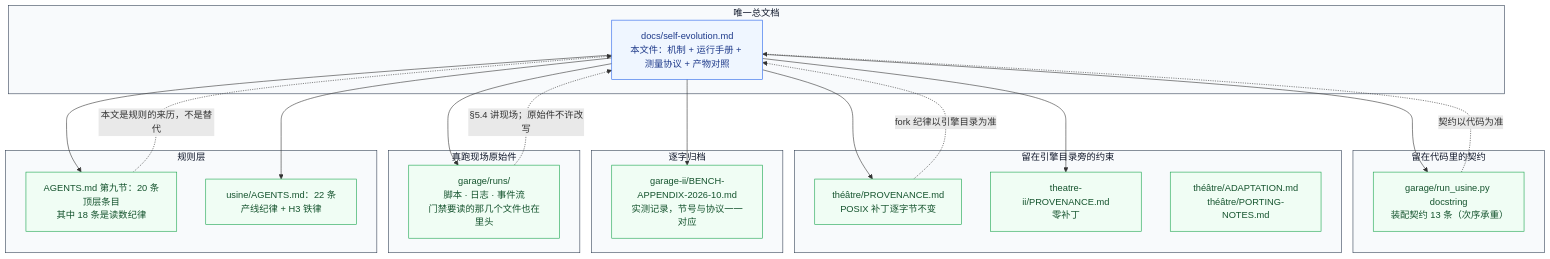
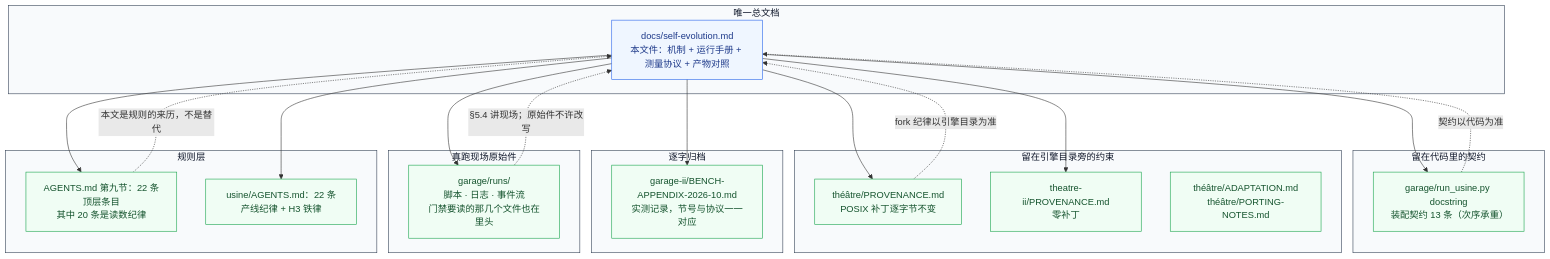
Diagram 29 of 29 in docs/self-evolution.md (feuyeux/explorateur), drawn with Mermaid before and after one commit. The commit also changed other lines of this file and 17 other files, not shown here.

````diff
--- a/docs/self-evolution.md
+++ b/docs/self-evolution.md
@@ -1567,42 +1567,42 @@
 ```mermaid
 flowchart TB
     subgraph CORE["唯一总文档"]
         M["docs/self-evolution.md<br/>本文件：机制 + 运行手册 + 测量协议 + 产物对照"]
     end
     subgraph CODE["留在代码里的契约"]
         C1["garage/run_usine.py docstring<br/>装配契约 13 条（次序承重）"]
     end
     subgraph FORK["留在引擎目录旁的约束"]
         F1["théâtre/PROVENANCE.md<br/>POSIX 补丁逐字节不变"]
         F2["theatre-ii/PROVENANCE.md<br/>零补丁"]
         F3["théâtre/ADAPTATION.md<br/>théâtre/PORTING-NOTES.md"]
     end
     subgraph ARCH["逐字归档"]
         A1["garage-ii/BENCH-APPENDIX-2026-10.md<br/>实测记录，节号与协议一一对应"]
     end
     subgraph RAW["真跑现场原始件"]
         G1["garage/runs/<br/>脚本 · 日志 · 事件流<br/>门禁要读的那几个文件也在里头"]
     end
     subgraph RULE["规则层"]
-        R1["AGENTS.md 第九节：20 条顶层条目<br/>其中 18 条是读数纪律"]
+        R1["AGENTS.md 第九节：22 条顶层条目<br/>其中 20 条是读数纪律"]
         R2["usine/AGENTS.md：22 条产线纪律 + H3 铁律"]
     end
     M --> C1
     M --> F1
     M --> F2
     M --> A1
     M --> G1
     M --> R1
     M --> R2
     C1 -.->|"契约以代码为准"| M
     F1 -.->|"fork 纪律以引擎目录为准"| M
     G1 -.->|"§5.4 讲现场；原始件不许改写"| M
     R1 -.->|"本文是规则的来历，不是替代"| M
 
     classDef ctrl fill:#eff6ff,stroke:#2563eb,color:#1e3a8a
     classDef host fill:#f0fdf4,stroke:#16a34a,color:#14532d
     classDef neutral fill:#f8fafc,stroke:#334155,color:#0f172a
     class M ctrl
     class C1,F1,F2,F3,A1,G1,R1,R2 host
     class CORE,CODE,FORK,ARCH,RAW,RULE neutral
 ```
````
